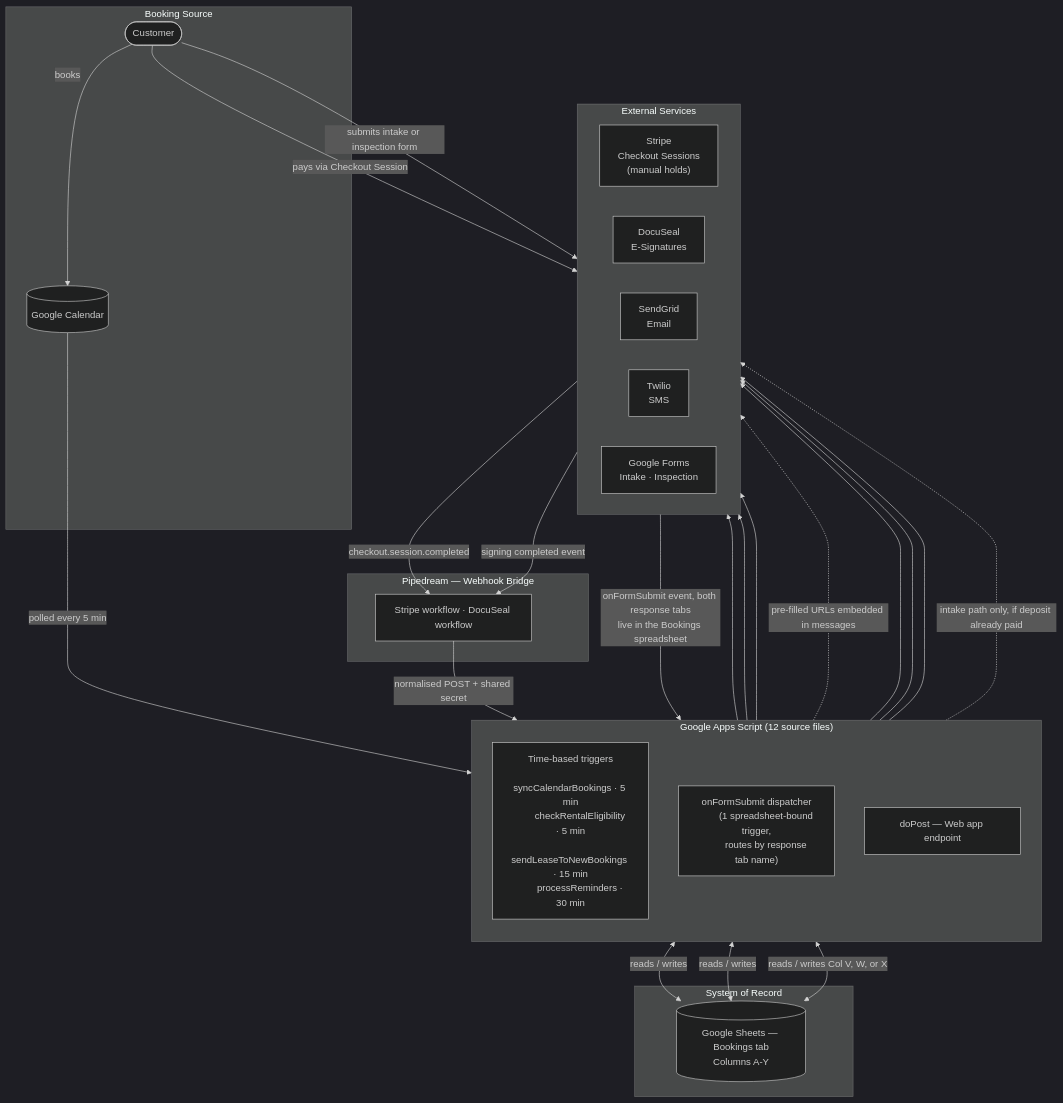
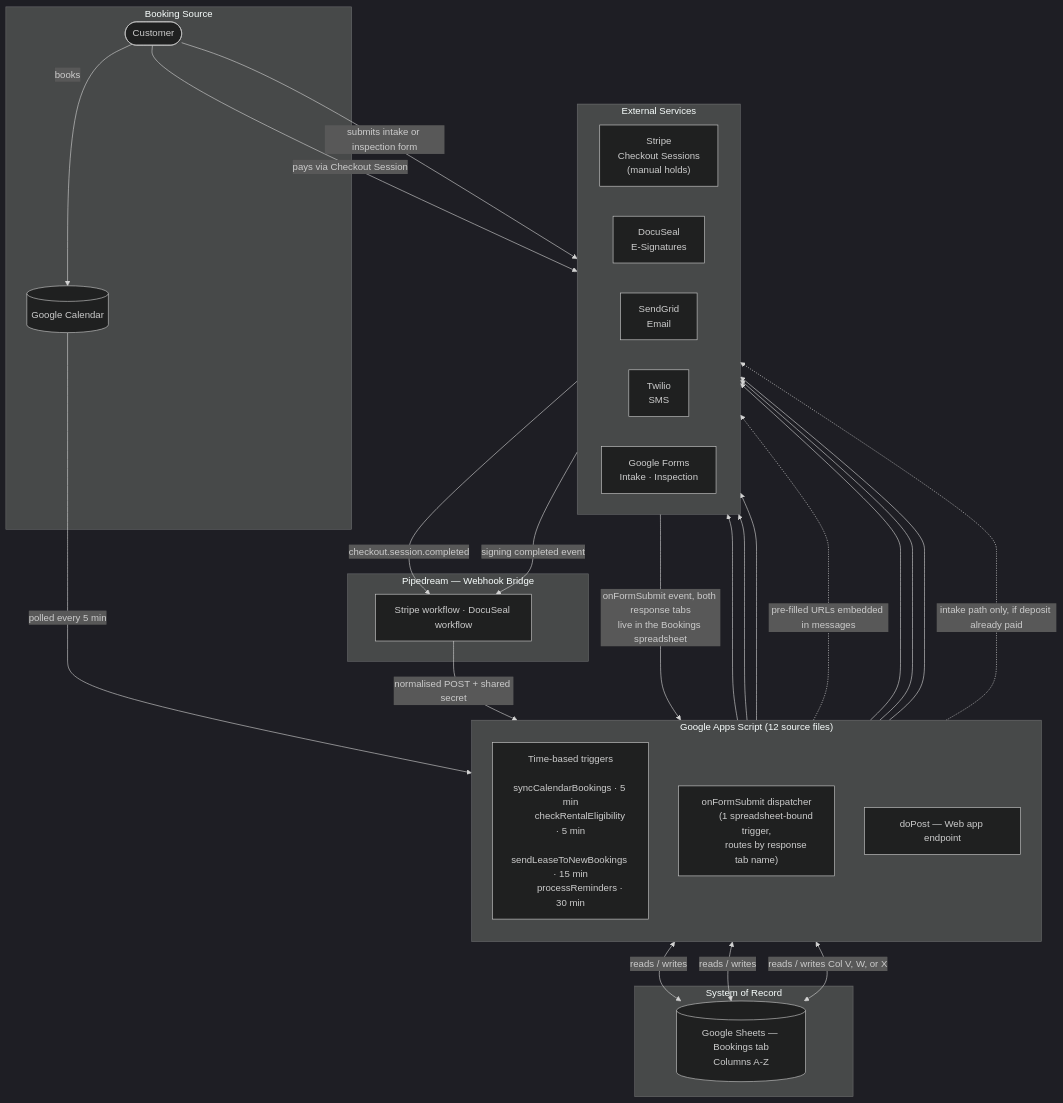
Before and after one commit to SolomonBell/vehicle-script: the second of 2 diagrams in README.md, drawn with Mermaid (dark theme). The commit also changed other lines of this file and 17 other files, not shown here.

````diff
--- a/README.md
+++ b/README.md
@@ -422,60 +424,60 @@
 ```mermaid
 graph TB
     subgraph Source["Booking Source"]
         CUST([Customer])
         GCAL[(Google Calendar)]
     end
 
     subgraph GAS["Google Apps Script (12 source files)"]
         direction TB
         TRIGGERS["Time-based triggers
         syncCalendarBookings · 5 min
         checkRentalEligibility · 5 min
         sendLeaseToNewBookings · 15 min
         processReminders · 30 min"]
         ONFORMSUBMIT["onFormSubmit dispatcher
         (1 spreadsheet-bound trigger,
         routes by response tab name)"]
         DOPOST["doPost — Web app endpoint"]
     end
 
     subgraph RECORD["System of Record"]
-        SHEETS[(Google Sheets — Bookings tab\nColumns A-Y)]
+        SHEETS[(Google Sheets — Bookings tab\nColumns A-Z)]
     end
 
     subgraph BRIDGE["Pipedream — Webhook Bridge"]
         PD["Stripe workflow · DocuSeal workflow"]
     end
 
     subgraph SERVICES["External Services"]
         direction LR
         STRIPE["Stripe\nCheckout Sessions\n(manual holds)"]
         DOCUSEAL["DocuSeal\nE-Signatures"]
         SENDGRID["SendGrid\nEmail"]
         TWILIO["Twilio\nSMS"]
         FORMS["Google Forms\nIntake · Inspection"]
     end
 
     CUST -->|books| GCAL
     GCAL -->|polled every 5 min| TRIGGERS
     TRIGGERS <-->|reads / writes| SHEETS
     TRIGGERS --> SENDGRID
     TRIGGERS --> TWILIO
     TRIGGERS --> DOCUSEAL
     TRIGGERS -.->|pre-filled URLs embedded in messages| FORMS
 
     CUST -->|pays via Checkout Session| STRIPE
     STRIPE -->|checkout.session.completed| PD
     DOCUSEAL -->|signing completed event| PD
     PD -->|normalised POST + shared secret| DOPOST
 
     DOPOST <-->|reads / writes| SHEETS
     DOPOST --> SENDGRID
     DOPOST --> TWILIO
     DOPOST --> DOCUSEAL
 
     CUST -->|submits intake or inspection form| FORMS
     FORMS -->|onFormSubmit event, both response tabs\nlive in the Bookings spreadsheet| ONFORMSUBMIT
     ONFORMSUBMIT <-->|reads / writes Col V, W, or X| SHEETS
     ONFORMSUBMIT -.->|intake path only, if deposit already paid| DOCUSEAL
 ```
````
